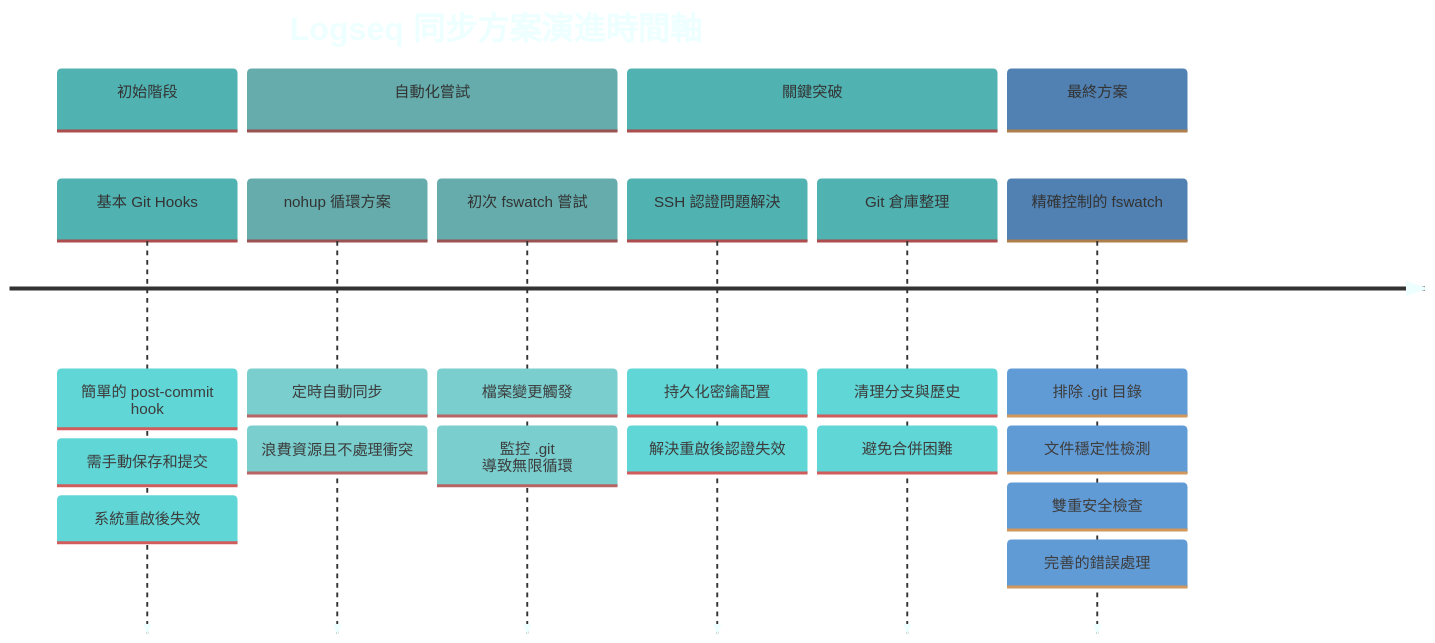
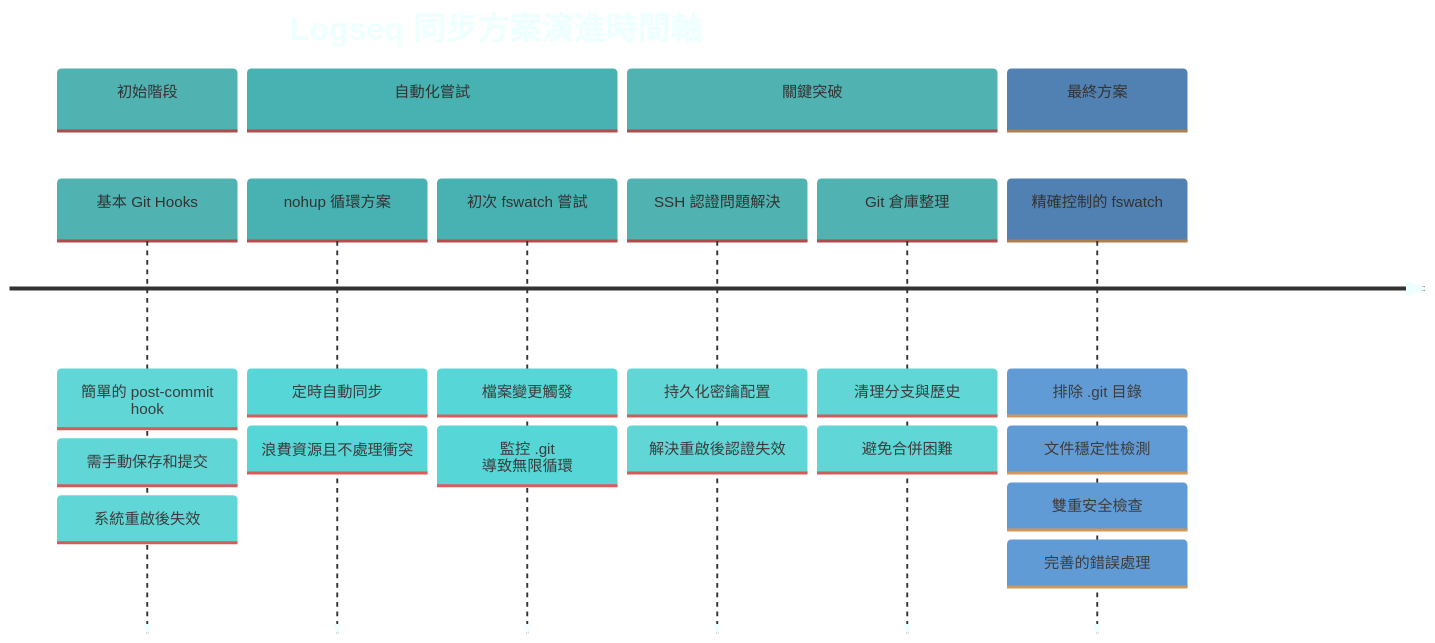
The first of 2 diagrams in Logseq同步方案演進記錄.md (GengGeng026/Sync-Logseq), drawn with Mermaid before and after one commit.

Commit message:
Auto-sync: Wed Mar 26 09:42:40 +08 2025

````diff
--- a/Logseq同步方案演進記錄.md
+++ b/Logseq同步方案演進記錄.md
@@ -24,38 +24,38 @@
 ```mermaid
 %%{init: {
   'theme': 'base', 
   'themeVariables': {
     'primaryColor': '#A9D9D9',
-    'secondaryColor': '#B9D9D9',
+    'secondaryColor': '#A1D9D9',
     'tertiaryColor': '#A9D9D9',
     'lineColor': '#A9D9D9',
     'primaryBorderColor': '#A9D9D9',
     'background': 'transparent',
     'textColor': '#EEFFFF',
     'nodeBorder': 'darkgrey',
     'clusterBkg': 'transparent',
     'titleColor': '#EEFFFF'
   }
 }}%%
 timeline
     title Logseq 同步方案演進時間軸
     section 初始階段
         基本 Git Hooks : 簡單的 post-commit hook
         : 需手動保存和提交
         : 系統重啟後失效
     section 自動化嘗試
         nohup 循環方案 : 定時自動同步
         : 浪費資源且不處理衝突
         初次 fswatch 嘗試 : 檔案變更觸發
         : 監控 .git 導致無限循環
     section 關鍵突破
         SSH 認證問題解決 : 持久化密鑰配置
         : 解決重啟後認證失效
         Git 倉庫整理 : 清理分支與歷史
         : 避免合併困難
     section 最終方案
         精確控制的 fswatch : 排除 .git 目錄
         : 文件穩定性檢測
         : 雙重安全檢查
         : 完善的錯誤處理
 ```
````
